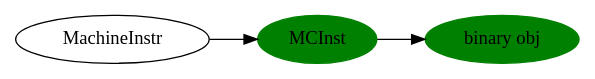
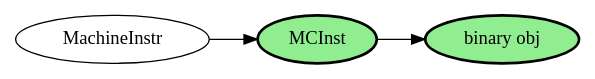
Before and after one commit to Jonathan2251/lbd: the diagram in Fig/genobj/obj-emit.gv, drawn with Graphviz. The commit also changed 31 other files, not shown here.

```diff
--- a/Fig/genobj/obj-emit.gv
+++ b/Fig/genobj/obj-emit.gv
@@ -1,7 +1,7 @@
 digraph G {
   rankdir=LR;
-  MCInst [style=filled, color=green]; 
-  "binary obj" [style=filled, color=green];
+  MCInst [style="filled,bold", fillcolor=lightgreen]; 
+  "binary obj" [style="filled,bold", fillcolor=lightgreen];
 
   MachineInstr -> MCInst -> "binary obj";
 }
```
